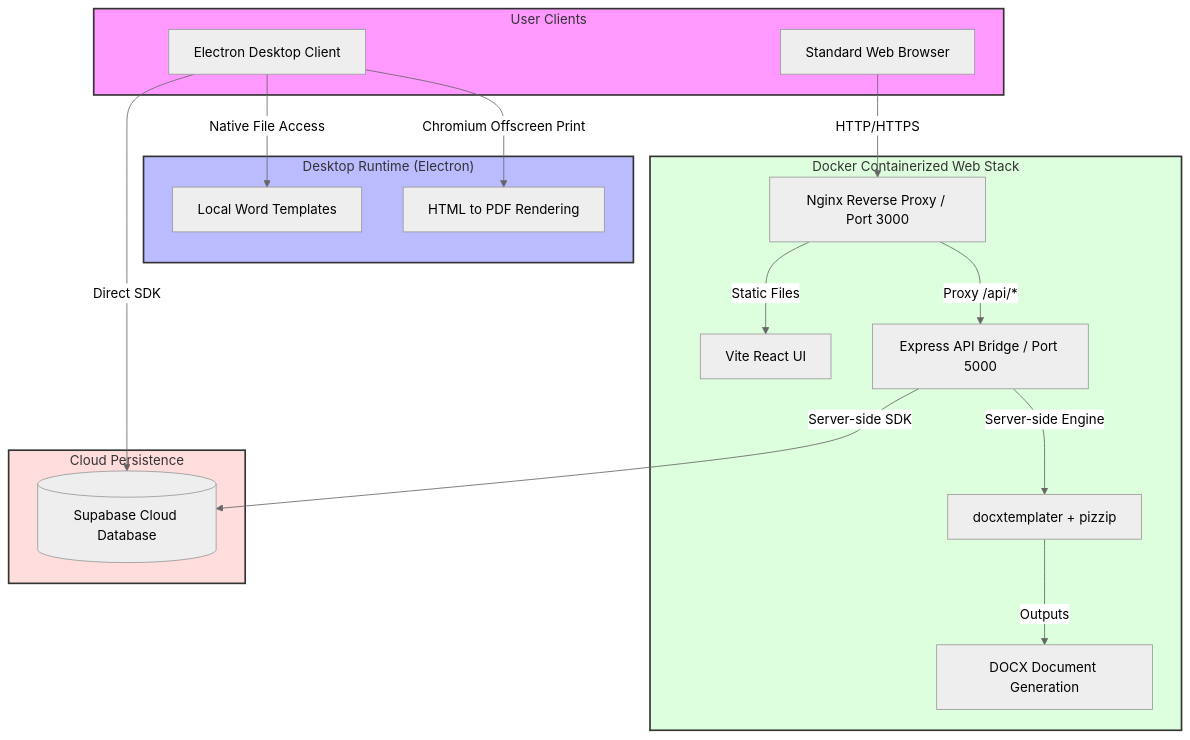
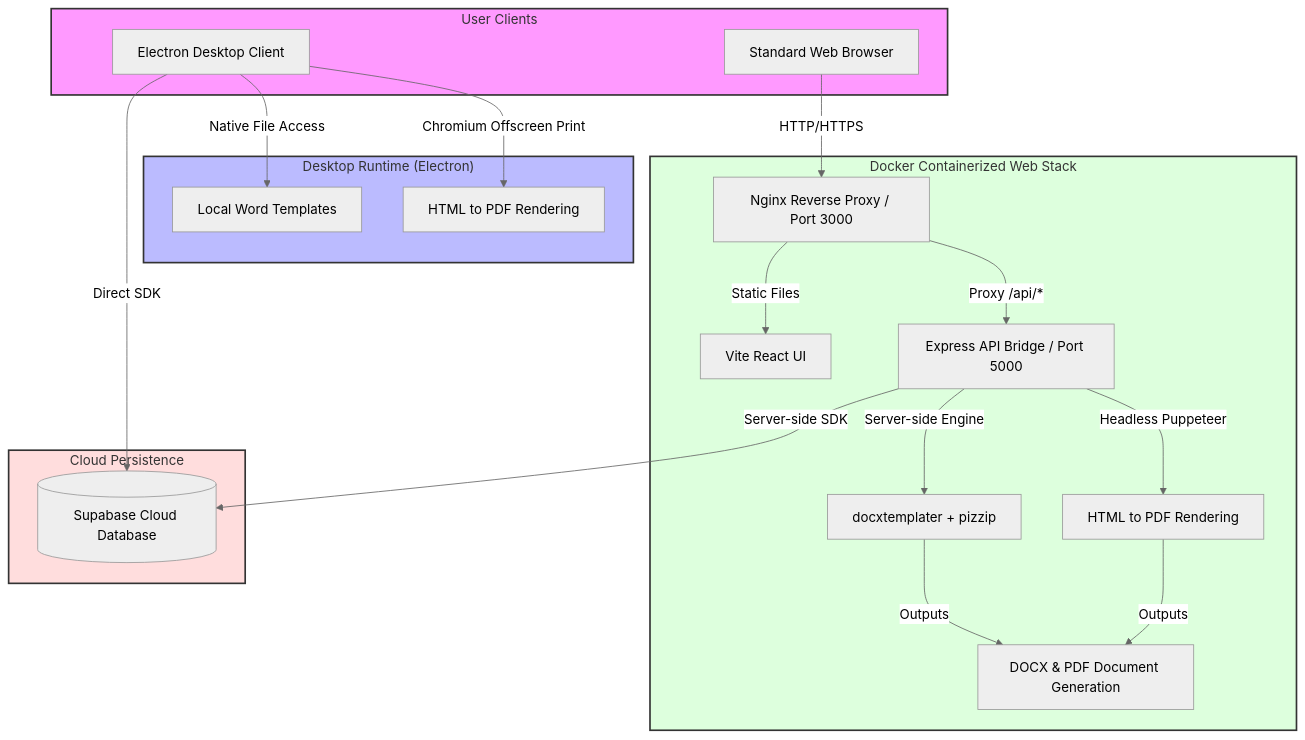
The diagram in README.md (kadirawkz/meridian_voucher_studio), drawn with Mermaid (neutral theme) before and after one commit. The commit also changed other lines of this file and 7 other files, not shown here.

````diff
--- a/README.md
+++ b/README.md
@@ -33,30 +32,32 @@
 ```mermaid
 graph TD
     subgraph UI ["User Clients"]
         A[Electron Desktop Client]
         B[Standard Web Browser]
     end
 
     subgraph Local ["Desktop Runtime (Electron)"]
         A -->|Native File Access| C[Local Word Templates]
         A -->|Chromium Offscreen Print| D[HTML to PDF Rendering]
     end
 
     subgraph DockerEnv ["Docker Containerized Web Stack"]
         B -->|HTTP/HTTPS| E[Nginx Reverse Proxy / Port 3000]
         E -->|Static Files| E_React[Vite React UI]
         E -->|Proxy /api/*| F[Express API Bridge / Port 5000]
         F -->|Server-side Engine| G[docxtemplater + pizzip]
-        G -->|Outputs| H[DOCX Document Generation]
+        F -->|Headless Puppeteer| G_PDF[HTML to PDF Rendering]
+        G -->|Outputs| H[DOCX & PDF Document Generation]
+        G_PDF -->|Outputs| H
     end
 
     subgraph Data ["Cloud Persistence"]
         A -->|Direct SDK| I[(Supabase Cloud Database)]
         F -->|Server-side SDK| I
     end
 
     style UI fill:#f9f,stroke:#333,stroke-width:2px
     style Local fill:#bbf,stroke:#333,stroke-width:2px
     style DockerEnv fill:#dfd,stroke:#333,stroke-width:2px
     style Data fill:#fdd,stroke:#333,stroke-width:2px
 ```
````
